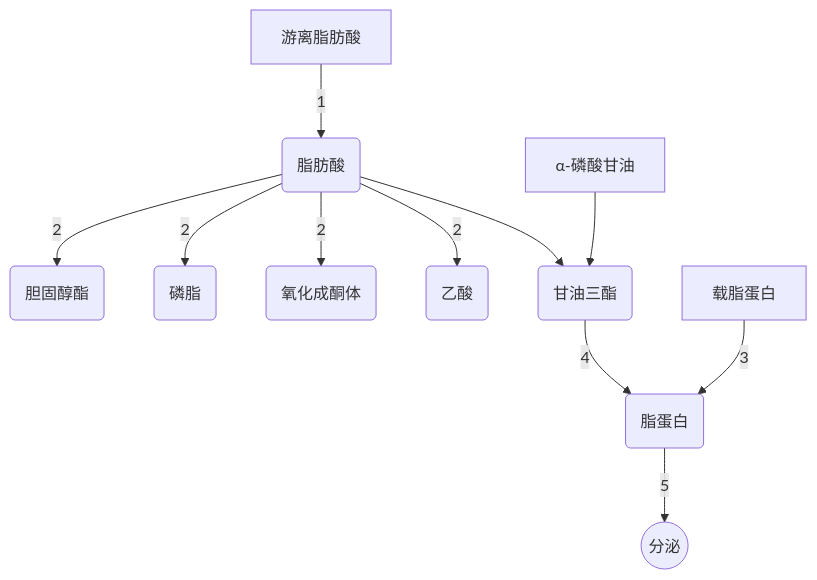
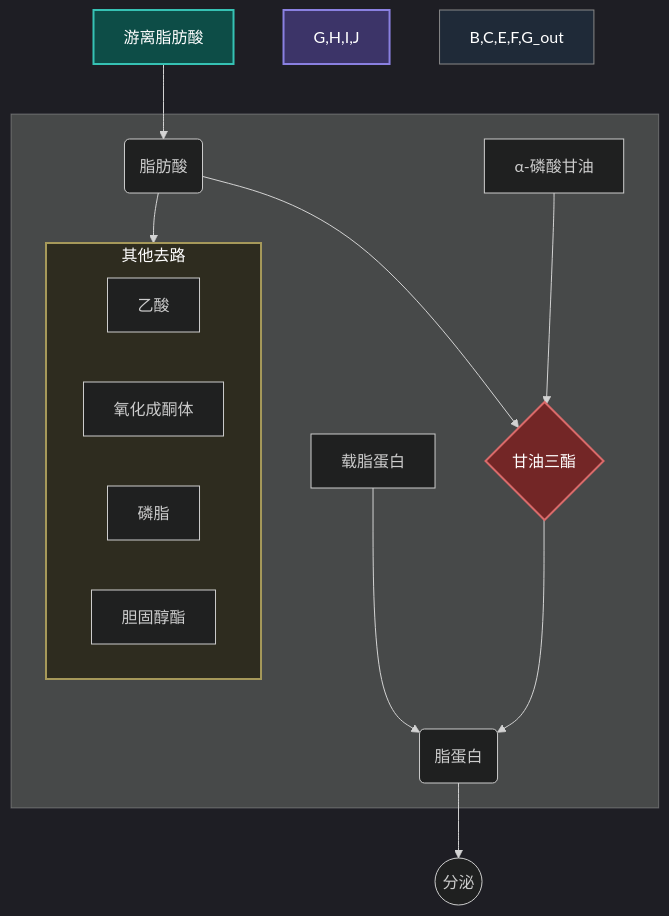
The third of 3 diagrams in 病理解剖学/第一章 细胞和组织的适应与损伤.md (Raymon-Lyu/Veterinary-Medicine), drawn with Mermaid before and after one commit. The commit also changed 1 other file, not shown here.

Commit message:
vault backup: 2025-09-28 08:11:59

````diff
--- a/病理解剖学/第一章 细胞和组织的适应与损伤.md
+++ b/病理解剖学/第一章 细胞和组织的适应与损伤.md
@@ -186,17 +186,41 @@
 ```mermaid
+%%{init: {'theme': 'dark'}}%%
 graph TD
-    A["游离脂肪酸"] -- "1" --> B("脂肪酸");
+    A["游离脂肪酸"] --> B("脂肪酸");
+
+    subgraph " "
+        C["α-磷酸甘油"];
+        B --> D{"甘油三酯"};
+        C --> D;
+
+        subgraph GroupBox["其他去路"];
+            G["乙酸"];
+            H["氧化成酮体"];
+            I["磷脂"];
+            J["胆固醇酯"];
+        end
+
+        B --> GroupBox;
+        
+        E["载脂蛋白"] --> F;
+        D --> F("脂蛋白");
+    end
+
+    F --> G_out((分泌));
+
+    %% --- 节点样式定义 ---
+    %% 入口节点 (青色)
+    style A fill:#0D4D47,stroke:#36c2b4,color:#fff,stroke-width:2px
     
-    C["α-磷酸甘油"] --> D;
-    B --> D("甘油三酯");
-
-    B -- "2" --> G("乙酸");
-    B -- "2" --> H("氧化成酮体");
-    B -- "2" --> I("磷脂");
-    B -- "2" --> J("胆固醇酯");
+    %% 核心节点 (红色菱形)
+    style D fill:#732626,stroke:#d96a6a,color:#fff,stroke-width:2px
     
-    E["载脂蛋白"] -- "3" --> F;
-    D -- "4" --> F("脂蛋白");
+    %% 分组框 (黄色)
+    style GroupBox fill:#2E2C1F,stroke:#a6995a,color:#fff,stroke-width:2px
     
-    F -- "5" --> G_out((分泌));
+    %% 框内产物 (紫色)
+    style G,H,I,J fill:#3c3468,stroke:#8A80E1,color:#fff,stroke-width:2px
+    
+    %% 其他常规节点
+    style B,C,E,F,G_out fill:#1f2a38,stroke:#888,color:#fff,stroke-width:1px
 ```
````
